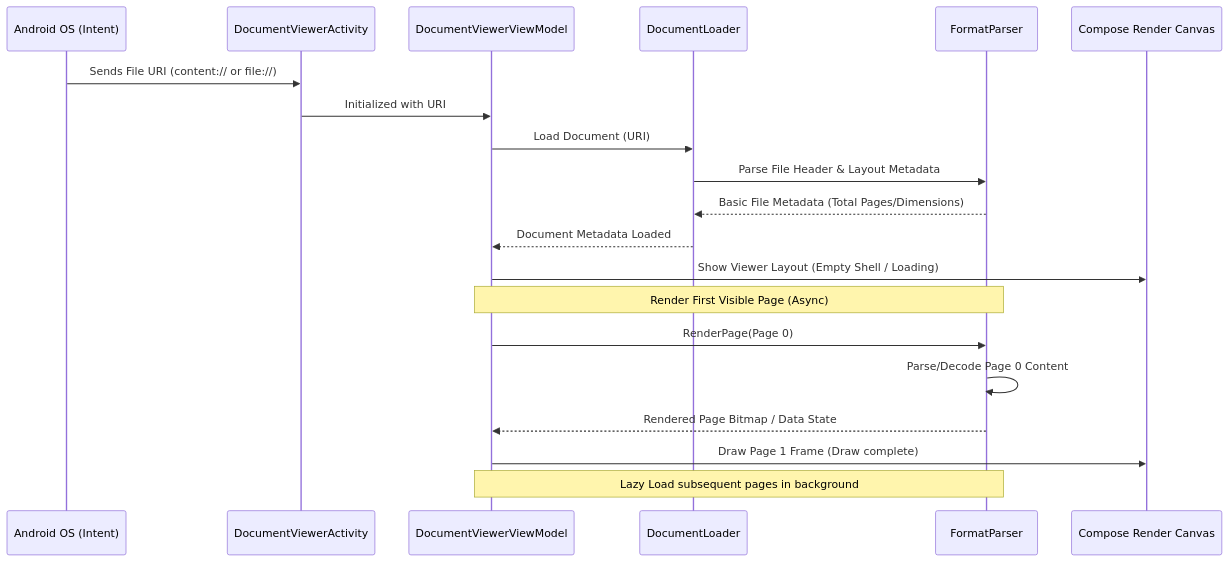
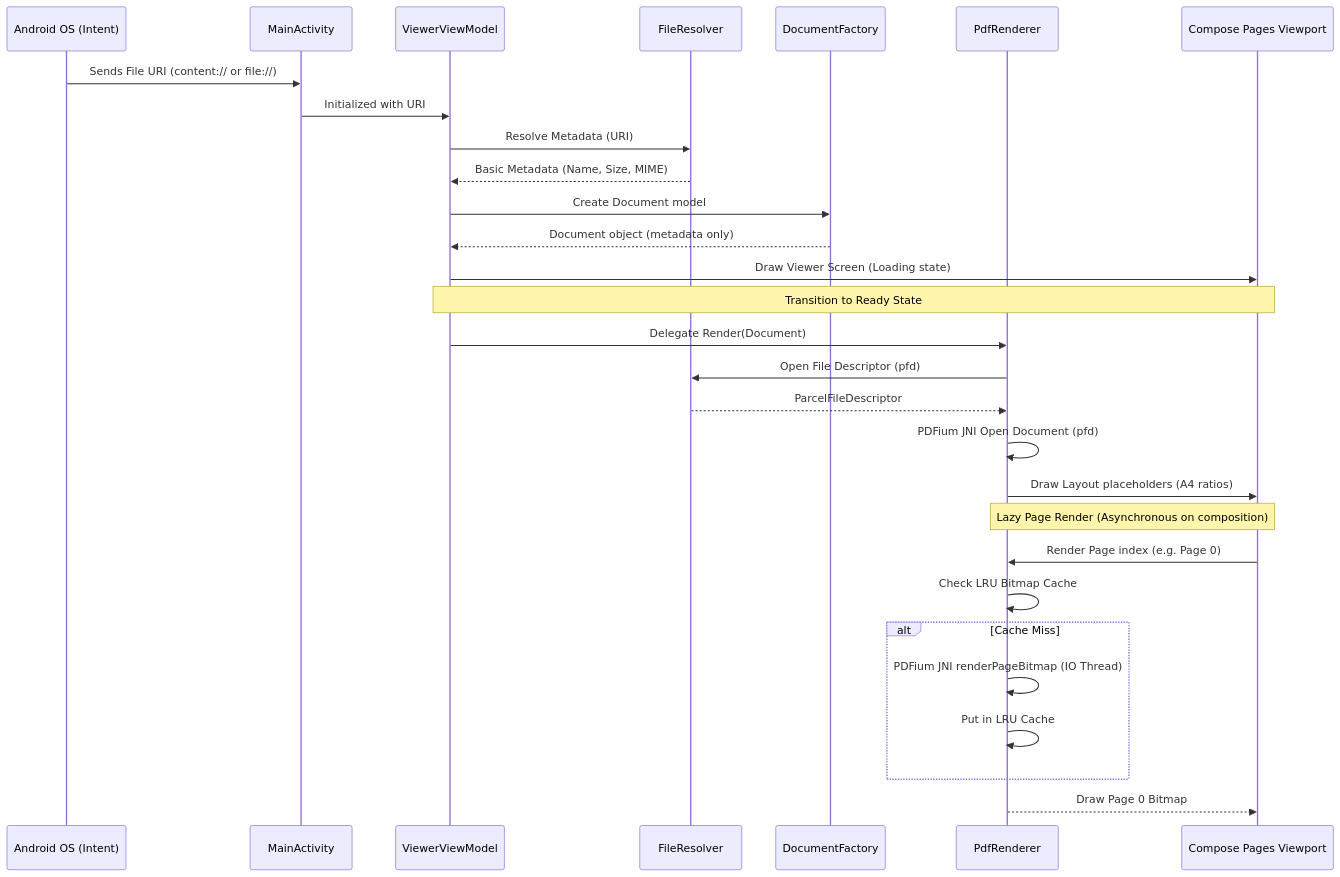
The third of 4 diagrams in docs/ARCHITECTURE.md (ayanpandit/Blink), drawn with Mermaid before and after one commit. The commit also changed other lines of this file and 37 other files, not shown here.

````diff
--- a/docs/ARCHITECTURE.md
+++ b/docs/ARCHITECTURE.md
@@ -58,25 +60,34 @@
 ```mermaid
 sequenceDiagram
     participant OS as Android OS (Intent)
-    participant Activity as DocumentViewerActivity
-    participant VM as DocumentViewerViewModel
-    participant Loader as DocumentLoader
-    participant Parser as FormatParser
-    participant UI as Compose Render Canvas
+    participant Activity as MainActivity
+    participant VM as ViewerViewModel
+    participant Resolver as FileResolver
+    participant Factory as DocumentFactory
+    participant Renderer as PdfRenderer
+    participant UI as Compose Pages Viewport
 
     OS->>Activity: Sends File URI (content:// or file://)
     Activity->>VM: Initialized with URI
-    VM->>Loader: Load Document (URI)
-    Loader->>Parser: Parse File Header & Layout Metadata
-    Parser-->>Loader: Basic File Metadata (Total Pages/Dimensions)
-    Loader-->>VM: Document Metadata Loaded
-    VM->>UI: Show Viewer Layout (Empty Shell / Loading)
+    VM->>Resolver: Resolve Metadata (URI)
+    Resolver-->>VM: Basic Metadata (Name, Size, MIME)
+    VM->>Factory: Create Document model
+    Factory-->>VM: Document object (metadata only)
+    VM->>UI: Draw Viewer Screen (Loading state)
     
-    Note over VM,Parser: Render First Visible Page (Async)
-    VM->>Parser: RenderPage(Page 0)
-    Parser->>Parser: Parse/Decode Page 0 Content
-    Parser-->>VM: Rendered Page Bitmap / Data State
-    VM->>UI: Draw Page 1 Frame (Draw complete)
+    Note over VM,UI: Transition to Ready State
+    VM->>Renderer: Delegate Render(Document)
+    Renderer->>Resolver: Open File Descriptor (pfd)
+    Resolver-->>Renderer: ParcelFileDescriptor
+    Renderer->>Renderer: PDFium JNI Open Document (pfd)
+    Renderer->>UI: Draw Layout placeholders (A4 ratios)
     
-    Note over VM,Parser: Lazy Load subsequent pages in background
+    Note over UI,Renderer: Lazy Page Render (Asynchronous on composition)
+    UI->>Renderer: Render Page index (e.g. Page 0)
+    Renderer->>Renderer: Check LRU Bitmap Cache
+    alt Cache Miss
+        Renderer->>Renderer: PDFium JNI renderPageBitmap (IO Thread)
+        Renderer->>Renderer: Put in LRU Cache
+    end
+    Renderer-->>UI: Draw Page 0 Bitmap
 ```
````
